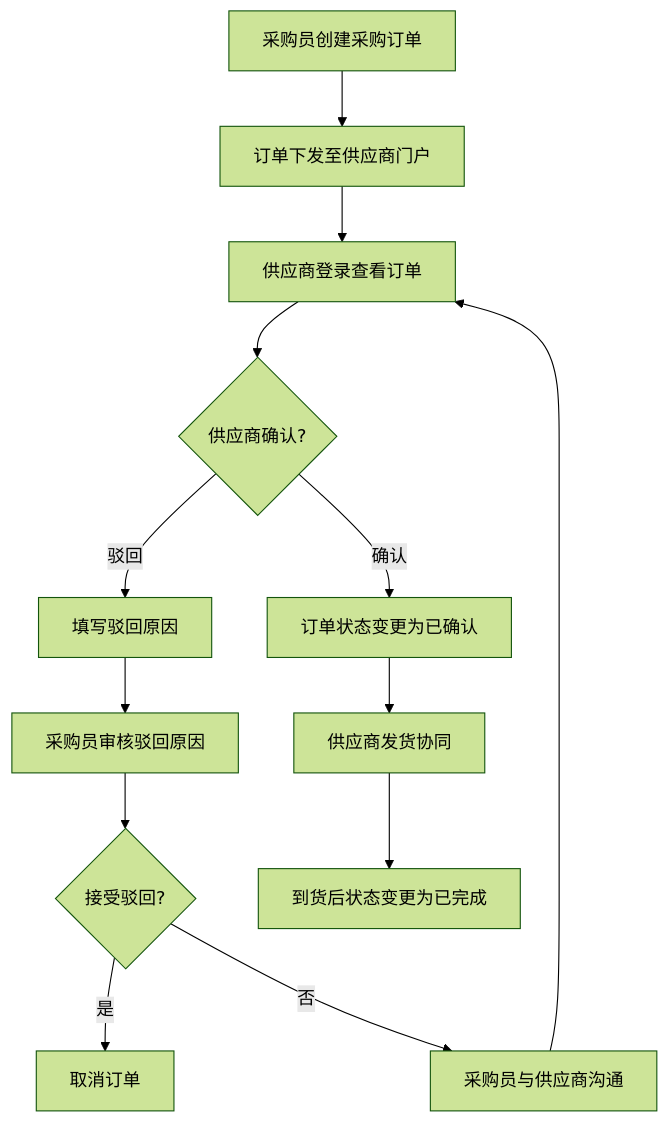
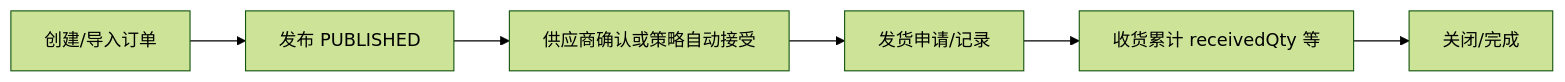
The diagram in docs/10-SCP-供应链平台/02-采购订单/index.md (jiargcn/MomProductDocument), drawn with Mermaid (forest theme) before and after one commit. The commit also changed other lines of this file and 27 other files, not shown here.

````diff
--- a/docs/10-SCP-供应链平台/02-采购订单/index.md
+++ b/docs/10-SCP-供应链平台/02-采购订单/index.md
@@ -45,15 +34,8 @@
 ```mermaid
-flowchart TD
-    A["采购员创建采购订单"] --> B["订单下发至供应商门户"]
-    B --> C["供应商登录查看订单"]
-    C --> D{"供应商确认?"}
-    D -->|确认| E["订单状态变更为已确认"]
-    D -->|驳回| F["填写驳回原因"]
-    F --> G["采购员审核驳回原因"]
-    G --> H{"接受驳回?"}
-    H -->|是| I["取消订单"]
-    H -->|否| J["采购员与供应商沟通"]
-    J --> C
-    E --> K["供应商发货协同"]
-    K --> L["到货后状态变更为已完成"]
+flowchart LR
+    A["创建/导入订单"] --> B["发布 PUBLISHED"]
+    B --> C["供应商确认或策略自动接受"]
+    C --> D["发货申请/记录"]
+    D --> E["收货累计 receivedQty 等"]
+    E --> F["关闭/完成"]
 ```
````
